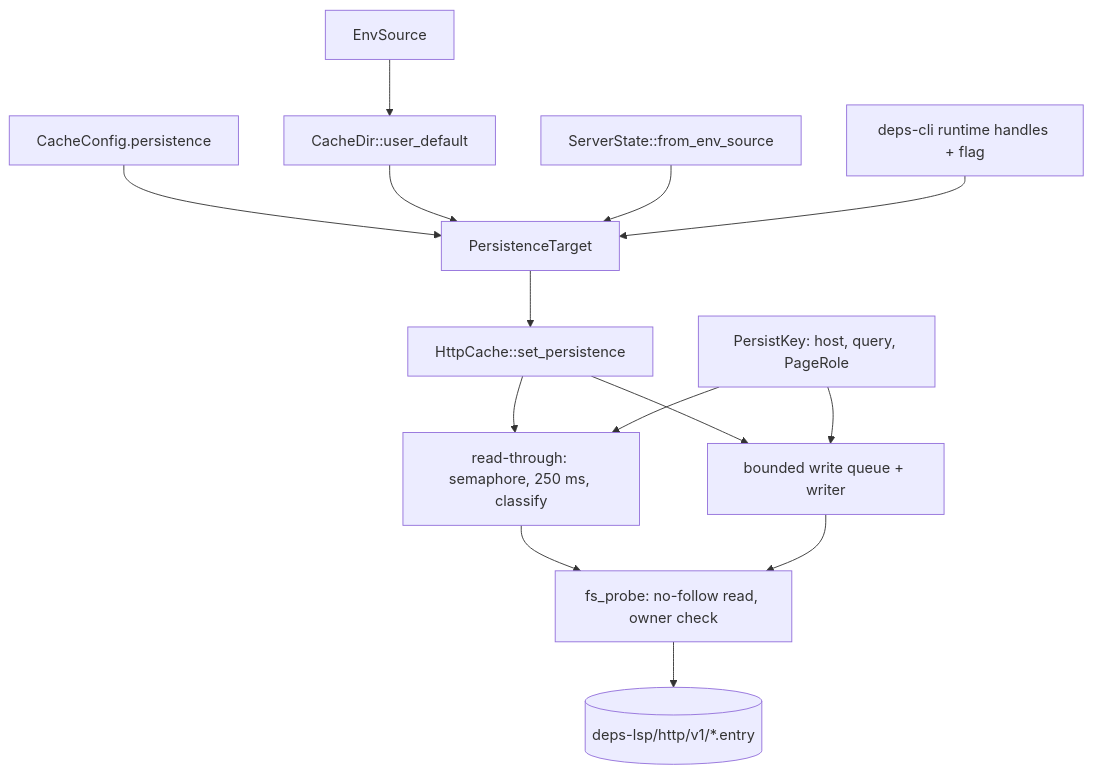
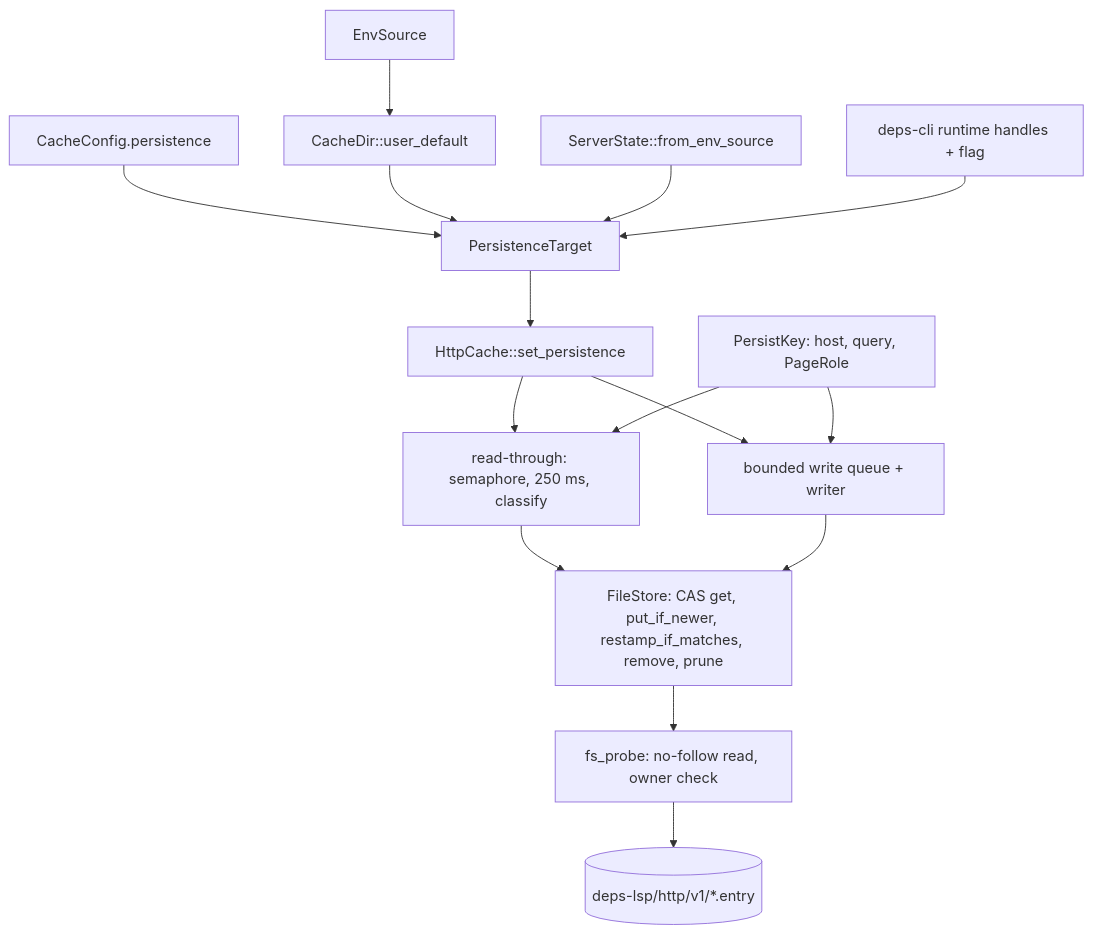
The diagram in specs/051-disk-persistent-registry-cache/plan.md (bug-ops/deps-lsp), drawn with Mermaid before and after one commit. The commit also changed other lines of this file and 2 other files, not shown here.

Commit message:
docs(specs): correct spec 051 backend rationale, add FileStore boundary and revisit triggers (#2176)

````diff
--- a/specs/051-disk-persistent-registry-cache/plan.md
+++ b/specs/051-disk-persistent-registry-cache/plan.md
@@ -38,16 +38,17 @@
 ```mermaid
 graph TD
     CFG[CacheConfig.persistence] --> PT[PersistenceTarget]
     ENV[EnvSource] --> CD[CacheDir::user_default]
     CD --> PT
     SS[ServerState::from_env_source] --> PT
     CLI[deps-cli runtime handles + flag] --> PT
     PT --> HC[HttpCache::set_persistence]
     HC --> RT[read-through: semaphore, 250 ms, classify]
     HC --> WQ[bounded write queue + writer]
-    RT --> FS[fs_probe: no-follow read, owner check]
-    WQ --> FS
+    RT --> FST[FileStore: CAS get, put_if_newer, restamp_if_matches, remove, prune]
+    WQ --> FST
+    FST --> FS[fs_probe: no-follow read, owner check]
     FS --> DIR[(deps-lsp/http/v1/*.entry)]
     PK[PersistKey: host, query, PageRole] --> RT
     PK --> WQ
 ```
````
